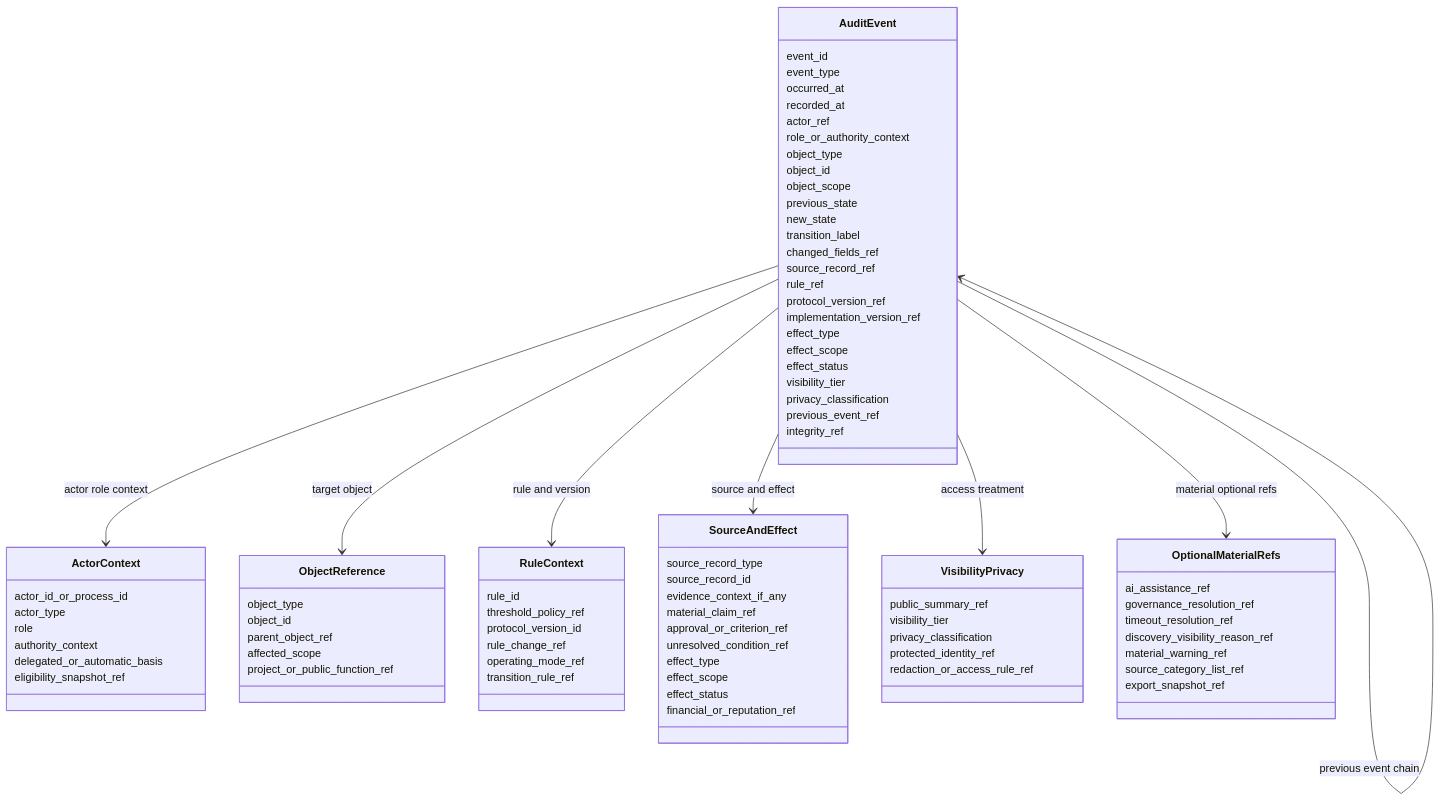
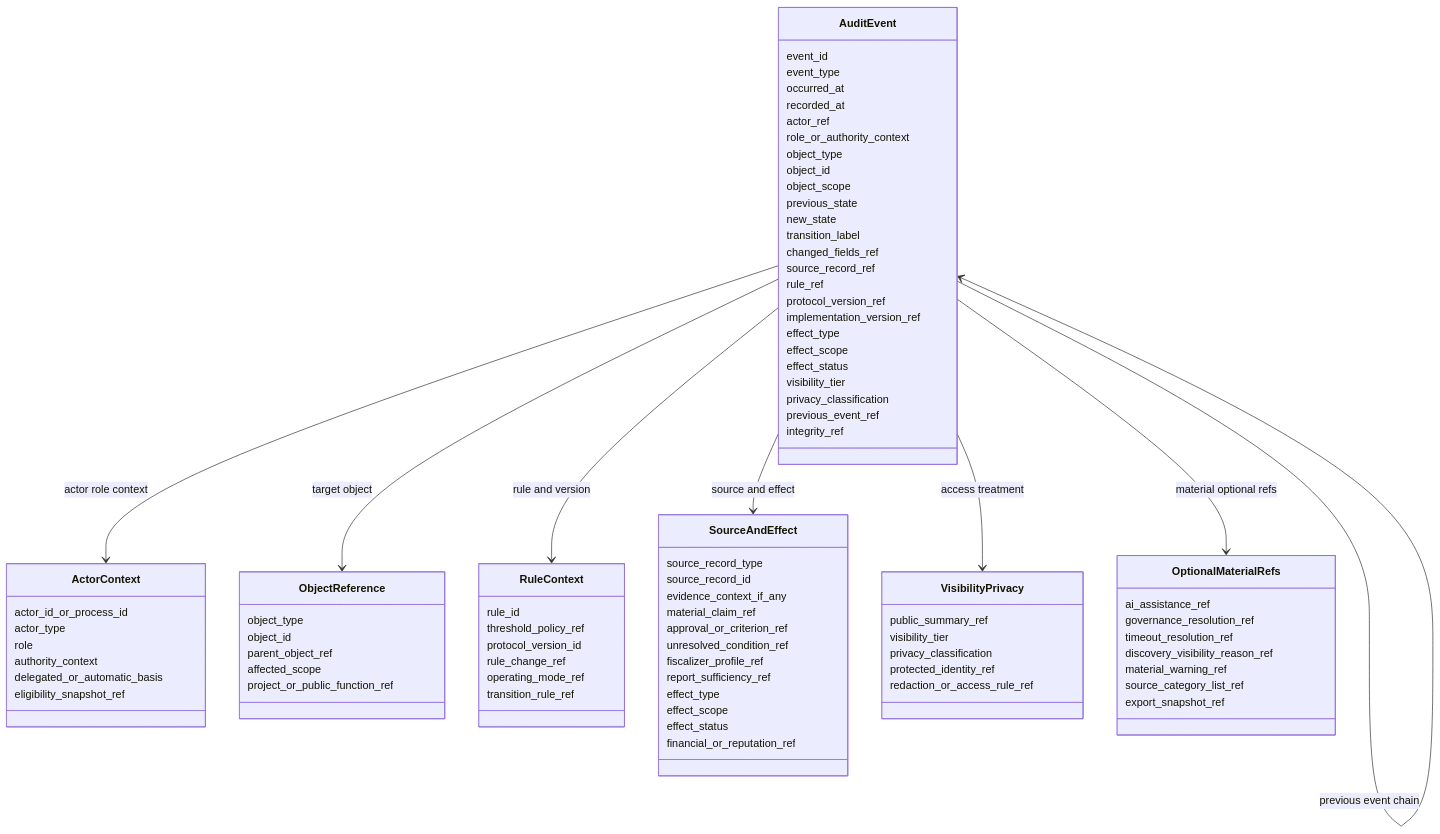
The first of 3 diagrams in docs/diagrams/v0-audit-event-schema.md (moffermann/distributed-governance-research), drawn with Mermaid before and after one commit. The commit also changed other lines of this file and 36 other files, not shown here.

```diff
--- a/docs/diagrams/v0-audit-event-schema.md
+++ b/docs/diagrams/v0-audit-event-schema.md
@@ -82,6 +82,8 @@
         material_claim_ref
         approval_or_criterion_ref
         unresolved_condition_ref
+        fiscalizer_profile_ref
+        report_sufficiency_ref
         effect_type
         effect_scope
         effect_status
```
